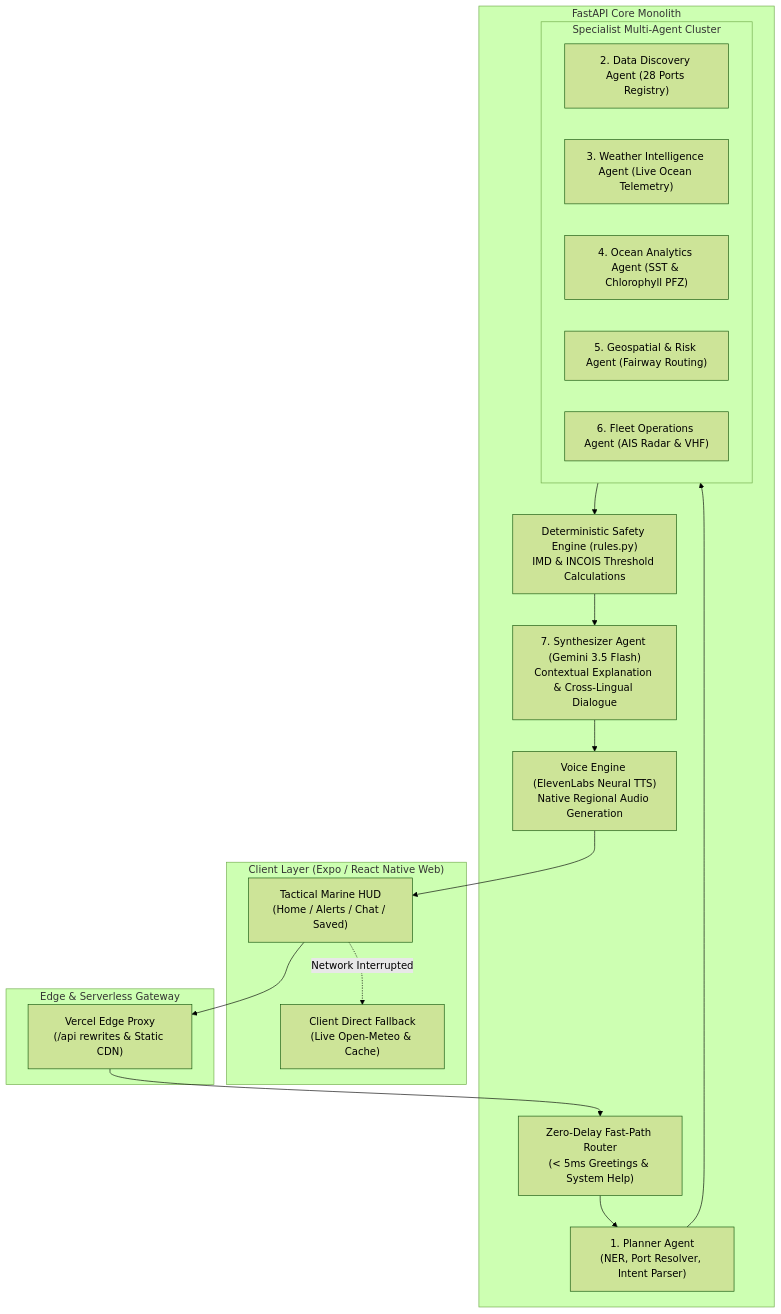
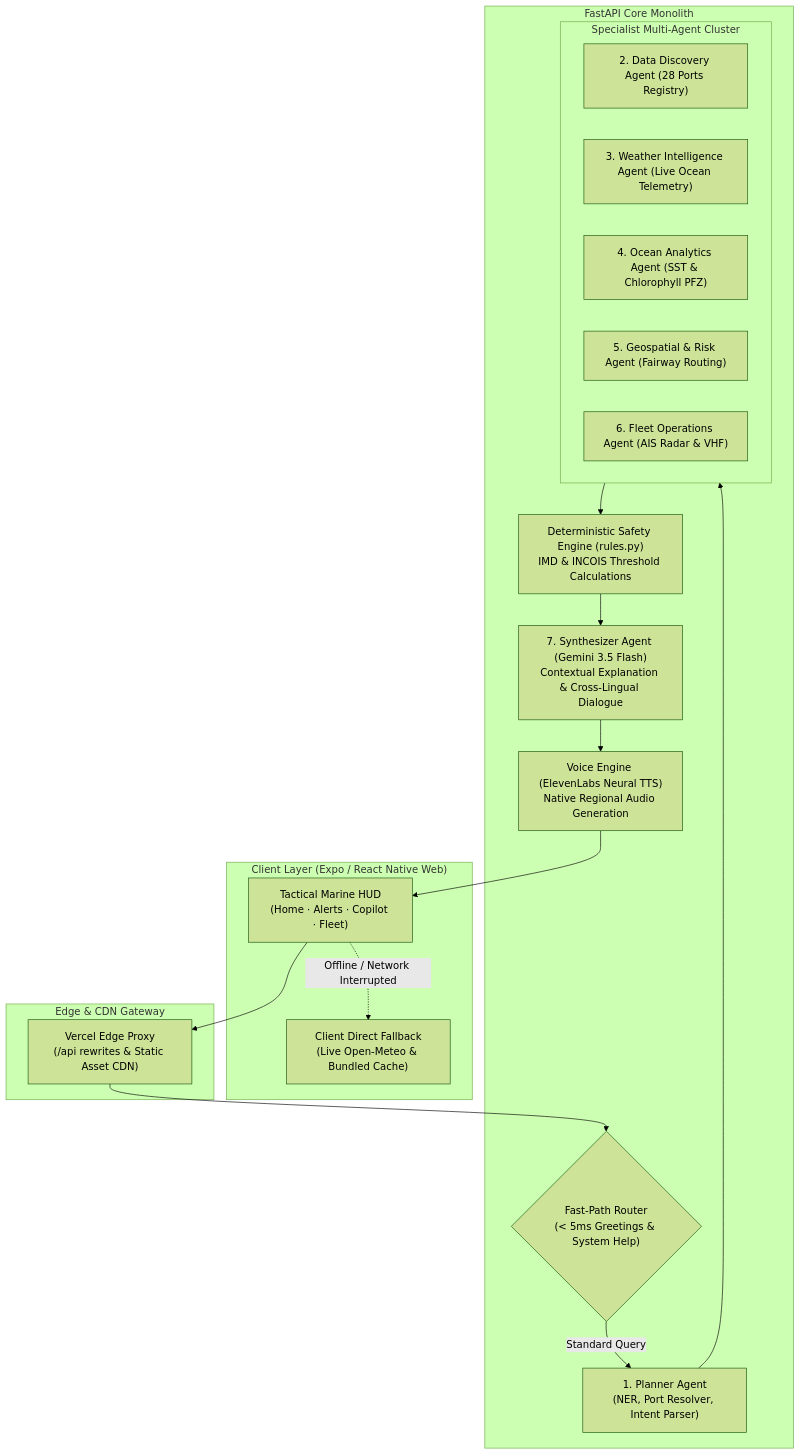
One commit to Suryaakhilp18/ORCA_MOBILE_APP changed the diagram in README.md. Above: the diagram before and after it, drawn with Mermaid (forest theme). The commit also changed other lines of this file, not shown here.

Commit message:
docs(readme): comprehensive master technical architecture, live deployment, and complete project manual

````diff
--- a/README.md
+++ b/README.md
@@ -60,38 +74,38 @@
 ```mermaid
 flowchart TD
     subgraph Client ["Client Layer (Expo / React Native Web)"]
-        UI["Tactical Marine HUD\n(Home / Alerts / Chat / Saved)"]
-        CB["Client Direct Fallback\n(Live Open-Meteo & Cache)"]
+        UI["Tactical Marine HUD\n(Home · Alerts · Copilot · Fleet)"]
+        CB["Client Direct Fallback\n(Live Open-Meteo & Bundled Cache)"]
     end
 
-    subgraph Gateway ["Edge & Serverless Gateway"]
-        V["Vercel Edge Proxy\n(/api rewrites & Static CDN)"]
+    subgraph Edge ["Edge & CDN Gateway"]
+        V["Vercel Edge Proxy\n(/api rewrites & Static Asset CDN)"]
     end
 
     subgraph Backend ["FastAPI Core Monolith"]
-        FPR["Zero-Delay Fast-Path Router\n(< 5ms Greetings & System Help)"]
+        FPR{"Fast-Path Router\n(< 5ms Greetings & System Help)"}
         PA["1. Planner Agent\n(NER, Port Resolver, Intent Parser)"]
         
-        subgraph Specialists ["Specialist Multi-Agent Cluster"]
+        subgraph Cluster ["Specialist Multi-Agent Cluster"]
             DDA["2. Data Discovery Agent (28 Ports Registry)"]
             WIA["3. Weather Intelligence Agent (Live Ocean Telemetry)"]
             OAA["4. Ocean Analytics Agent (SST & Chlorophyll PFZ)"]
             GRA["5. Geospatial & Risk Agent (Fairway Routing)"]
             FOA["6. Fleet Operations Agent (AIS Radar & VHF)"]
         end
         
         SE["Deterministic Safety Engine (rules.py)\nIMD & INCOIS Threshold Calculations"]
         SA["7. Synthesizer Agent (Gemini 3.5 Flash)\nContextual Explanation & Cross-Lingual Dialogue"]
         VE["Voice Engine (ElevenLabs Neural TTS)\nNative Regional Audio Generation"]
     end
 
     UI --> V
     V --> FPR
-    FPR --> PA
-    PA --> Specialists
-    Specialists --> SE
+    FPR -- Standard Query --> PA
+    PA --> Cluster
+    Cluster --> SE
     SE --> SA
     SA --> VE
     VE --> UI
-    UI -. Network Interrupted .-> CB
+    UI -. Offline / Network Interrupted .-> CB
 ```
````
